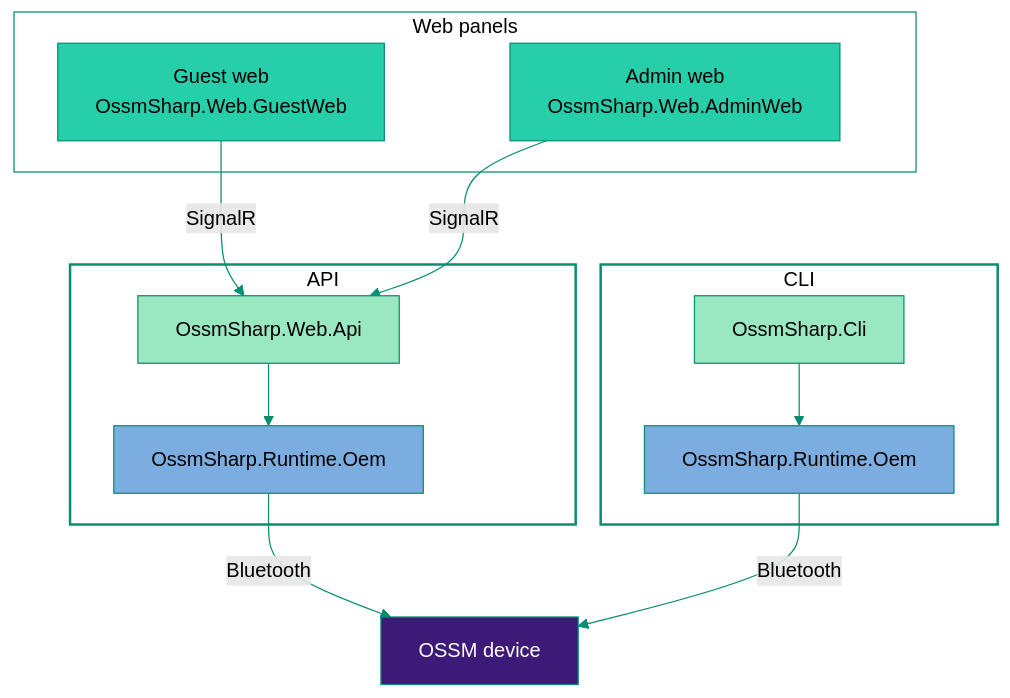
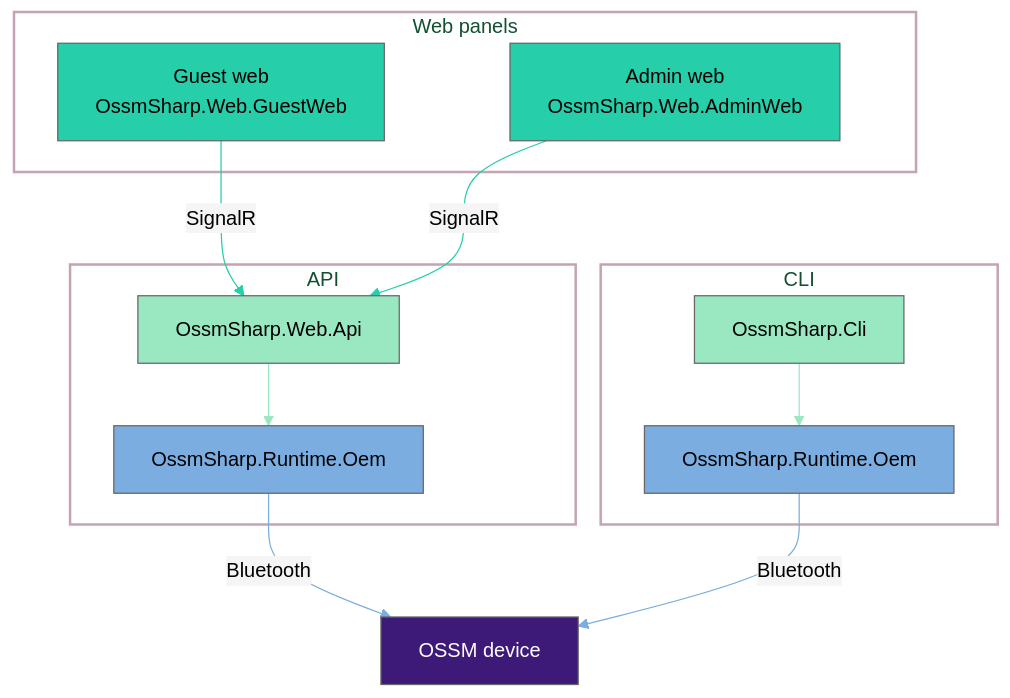
Before and after one commit to OssmSharp/OssmSharp: the first of 2 diagrams in docs/ARCHITECTURE.md, drawn with Mermaid. The commit also changed other lines of this file, not shown here.

Commit message:
Add architecture diagram

````diff
--- a/docs/ARCHITECTURE.md
+++ b/docs/ARCHITECTURE.md
@@ -5,42 +8,47 @@
 ```mermaid
+%% Keep attribute selectors unquoted: Mermaid rewrites apostrophes in directives.
+%% Viewer theme classes take precedence over the operating system's color scheme.
+%%{init: {"theme": "base", "themeVariables": {"primaryColor": "#9ae8c1", "primaryTextColor": "#000000", "primaryBorderColor": "#666666", "lineColor": "#666666", "textColor": "#000000", "edgeLabelBackground": "#f5f5f5"}, "themeCSS": ".root{--diagram-border:#666666;--diagram-foreground:#000000}@media(prefers-color-scheme:dark){.root{--diagram-border:#aaaaaa;--diagram-foreground:#ffffff}}.root:is(.vscode-light *,.vscode-high-contrast-light *){--diagram-border:#666666;--diagram-foreground:#000000}.root:is(.vscode-dark *,.vscode-high-contrast *){--diagram-border:#aaaaaa;--diagram-foreground:#ffffff}.node rect,.cluster rect{stroke:var(--diagram-border)!important}.cluster-label p{color:var(--diagram-foreground)!important}[data-id^=L_Guest_],[data-id^=L_Admin_]{--edge-color:#26ceaa}[data-id^=L_Api_],[data-id^=L_Cli_]{--edge-color:#9ae8c1}[data-id^=L_Library_],[data-id^=L_CliLibrary_]{--edge-color:#7bade0}[data-id] .labelBkg,[data-id] .edgeLabel,[data-id] .edgeLabel p{background-color:var(--edge-color)!important}[data-id] .edgeLabel p{color:#000000!important}"}}%%
 flowchart TB
     subgraph Web["Web panels"]
         Guest["Guest web<br/>OssmSharp.Web.GuestWeb"]
         Admin["Admin web<br/>OssmSharp.Web.AdminWeb"]
     end
 
     subgraph ApiLayer["API"]
         Api["OssmSharp.Web.Api"]
         Library["OssmSharp.Runtime.Oem"]
         Api --> Library
     end
 
     subgraph CliLayer["CLI"]
         Cli["OssmSharp.Cli"]
         CliLibrary["OssmSharp.Runtime.Oem"]
         Cli --> CliLibrary
     end
 
     Device["OSSM device"]
 
     Guest -->|SignalR| Api
     Admin -->|SignalR| Api
     Admin ~~~ Cli
     Library -->|Bluetooth| Device
     CliLibrary -->|Bluetooth| Device
 
-    classDef web fill:#26ceaa,stroke:#078e70,color:#000000
-    classDef application fill:#9ae8c1,stroke:#078e70,color:#000000
-    classDef runtime fill:#7bade0,stroke:#078e70,color:#000000
-    classDef device fill:#3d1a78,stroke:#078e70,color:#ffffff
+    classDef web fill:#26ceaa,color:#000000
+    classDef application fill:#9ae8c1,color:#000000
+    classDef runtime fill:#7bade0,color:#000000
+    classDef device fill:#3d1a78,color:#ffffff
 
     class Guest,Admin web
     class Api,Cli application
     class Library,CliLibrary runtime
     class Device device
 
-    style Web fill:#ffffff,stroke:#078e70,color:#000000
-    style ApiLayer fill:#ffffff,stroke:#078e70,stroke-width:2px,color:#000000
-    style CliLayer fill:#ffffff,stroke:#078e70,stroke-width:2px,color:#000000
-    linkStyle default stroke:#078e70,color:#000000
+    style Web fill:transparent,stroke-width:2px
+    style ApiLayer fill:transparent,stroke-width:2px
+    style CliLayer fill:transparent,stroke-width:2px
+    linkStyle 0,1 stroke:#9ae8c1,color:#000000
+    linkStyle 2,3 stroke:#26ceaa,color:#000000
+    linkStyle 5,6 stroke:#7bade0,color:#000000
 ```
````
